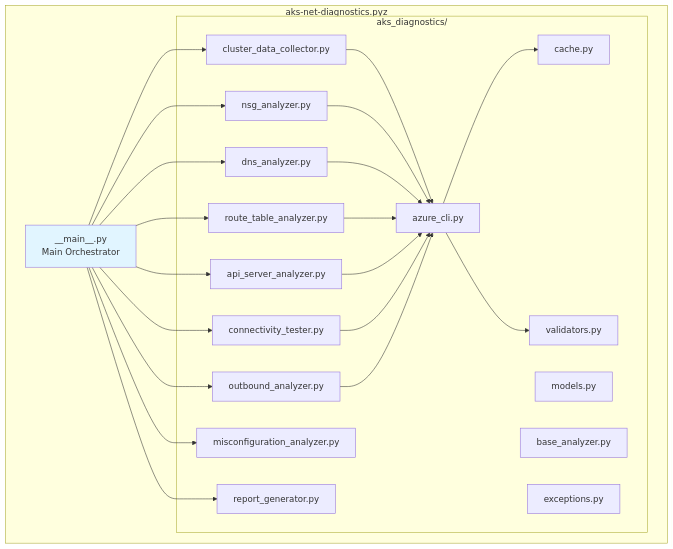
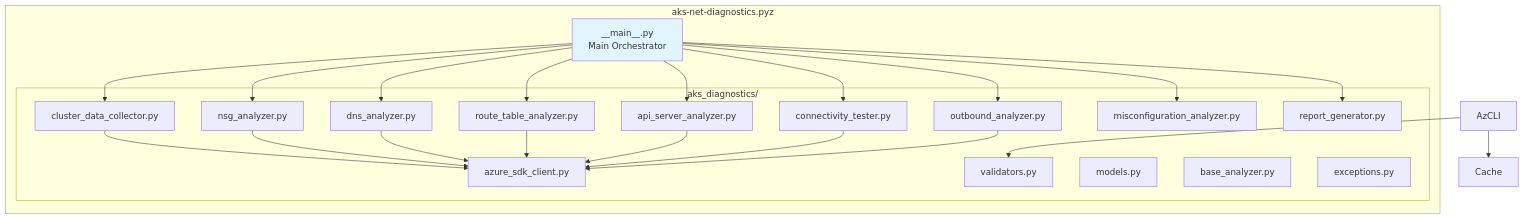
One commit to sturrent/aks-net-diagnostics changed the fourth of 5 diagrams in ARCHITECTURE.md. Above: the diagram before and after it, drawn with Mermaid. The commit also changed other lines of this file and 5 other files, not shown here.

````diff
--- a/ARCHITECTURE.md
+++ b/ARCHITECTURE.md
@@ -575,31 +586,30 @@
 ```mermaid
 graph TB
     subgraph "aks-net-diagnostics.pyz"
         Main[__main__.py<br/>Main Orchestrator]
         
         subgraph "aks_diagnostics/"
             CDC[cluster_data_collector.py]
-            AzCLI[azure_cli.py]
-            Cache[cache.py]
+            AzSDK[azure_sdk_client.py]
             NSG[nsg_analyzer.py]
             DNS[dns_analyzer.py]
             RT[route_table_analyzer.py]
             API[api_server_analyzer.py]
             CT[connectivity_tester.py]
             OB[outbound_analyzer.py]
             MA[misconfiguration_analyzer.py]
             RG[report_generator.py]
             Val[validators.py]
             Mod[models.py]
             Base[base_analyzer.py]
             Exc[exceptions.py]
         end
     end
     
     Main --> CDC & NSG & DNS & RT & API & CT & OB & MA & RG
-    CDC --> AzCLI
-    NSG & DNS & RT & API & CT & OB --> AzCLI
+    CDC --> AzSDK
+    NSG & DNS & RT & API & CT & OB --> AzSDK
     AzCLI --> Cache & Val
     
     style Main fill:#e1f5ff
 ```
````
